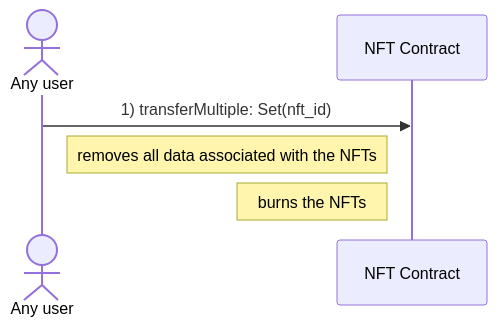
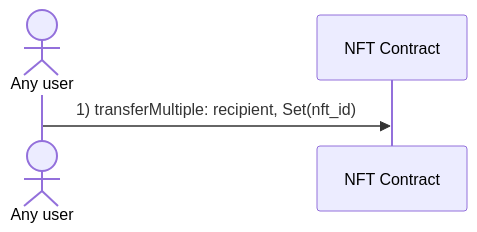
Before and after one commit to marc0olo/aens-nfts: the second of 2 diagrams in docs/diagrams/transfer_nfts.md, drawn with Mermaid. The commit also changed 4 other files, not shown here.

````diff
--- a/docs/diagrams/transfer_nfts.md
+++ b/docs/diagrams/transfer_nfts.md
@@ -14,7 +14,5 @@
 ```mermaid
 sequenceDiagram
     actor Any user
-    Any user ->> NFT Contract: 1) transferMultiple: Set(nft_id)
-    Note left of NFT Contract: removes all data associated with the NFTs
-    Note left of NFT Contract: burns the NFTs
+    Any user ->> NFT Contract: 1) transferMultiple: recipient, Set(nft_id)
 ```
````
